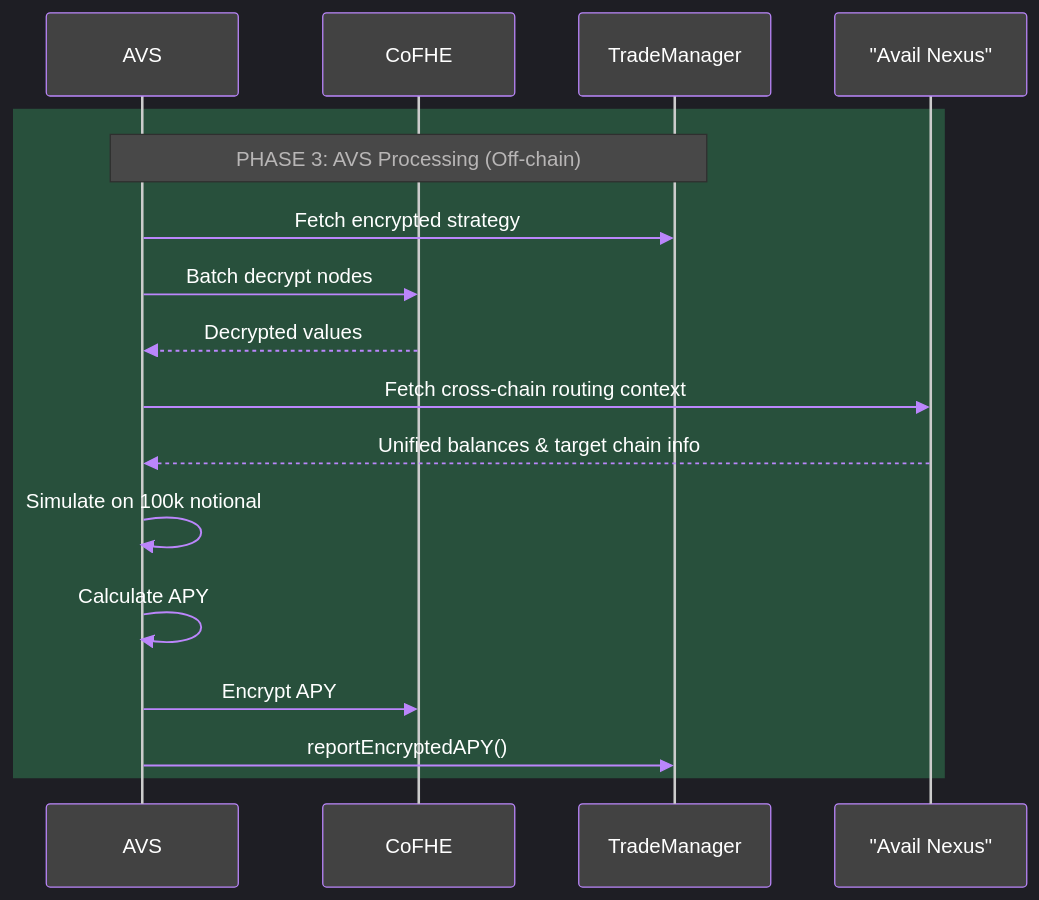
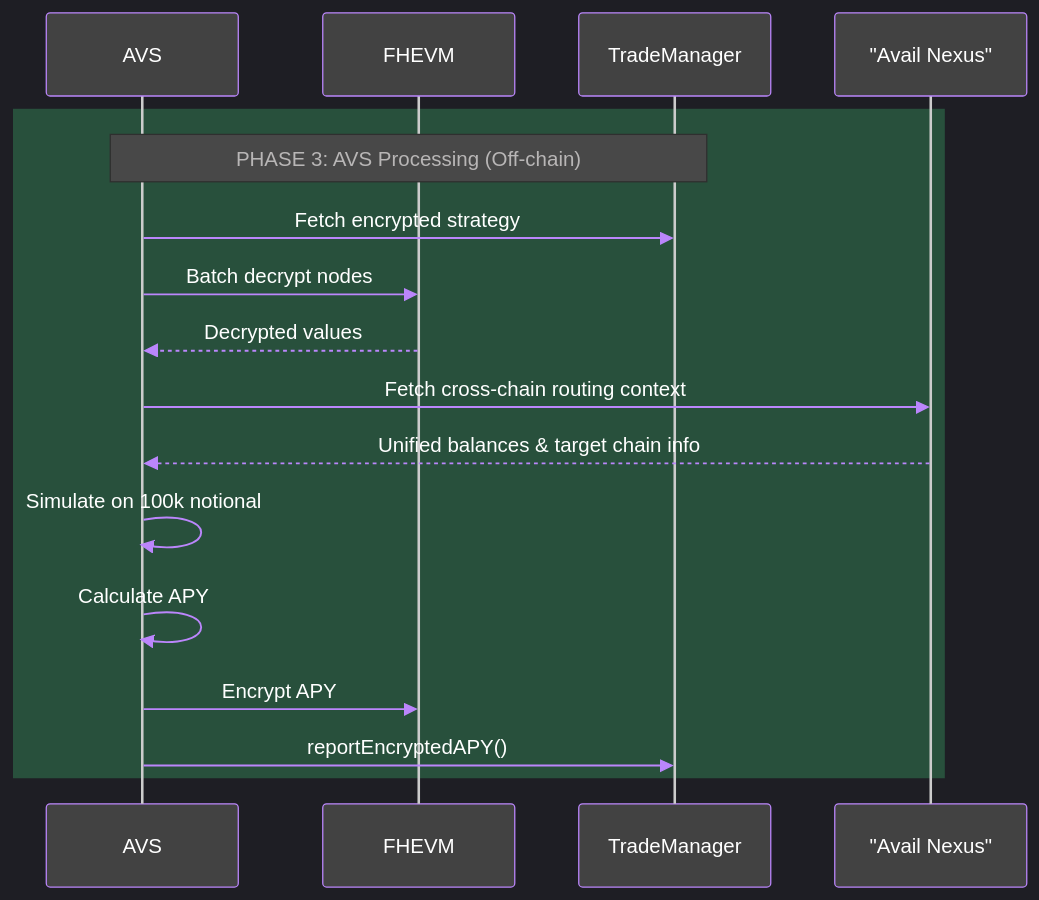
The fifth of 7 diagrams in README.md (Nilay27/UNIVersalPrivacyHook), drawn with Mermaid before and after one commit. The commit also changed other lines of this file, not shown here.

````diff
--- a/README.md
+++ b/README.md
@@ -290,21 +290,21 @@
 ```mermaid
 %%{init: {'theme':'dark', 'themeVariables': { 'primaryColor':'#bb86fc', 'primaryTextColor':'#fff', 'primaryBorderColor':'#9f6bff', 'lineColor':'#bb86fc', 'secondaryColor':'#03dac6', 'tertiaryColor':'#3700b3', 'background':'#121212', 'mainBkg':'#1f1f1f', 'secondBkg':'#2d2d2d', 'labelBackground':'#2d2d2d', 'actorBkg':'#424242', 'actorBorder':'#bb86fc', 'actorTextColor':'#fff', 'signalColor':'#bb86fc', 'signalTextColor':'#fff'}}}%%
 sequenceDiagram
     participant AVS
-    participant CoFHE
+    participant FHEVM
     participant TradeManager
     participant "Avail Nexus"
 
     rect rgb(40, 80, 60)
         Note over AVS,TradeManager: PHASE 3: AVS Processing (Off-chain)
         AVS->>TradeManager: Fetch encrypted strategy
-        AVS->>CoFHE: Batch decrypt nodes
-        CoFHE-->>AVS: Decrypted values
+        AVS->>FHEVM: Batch decrypt nodes
+        FHEVM-->>AVS: Decrypted values
         AVS->>"Avail Nexus": Fetch cross-chain routing context
         "Avail Nexus"-->>AVS: Unified balances & target chain info
         AVS->>AVS: Simulate on 100k notional
         AVS->>AVS: Calculate APY
-        AVS->>CoFHE: Encrypt APY
+        AVS->>FHEVM: Encrypt APY
         AVS->>TradeManager: reportEncryptedAPY()
     end
 ```
````
